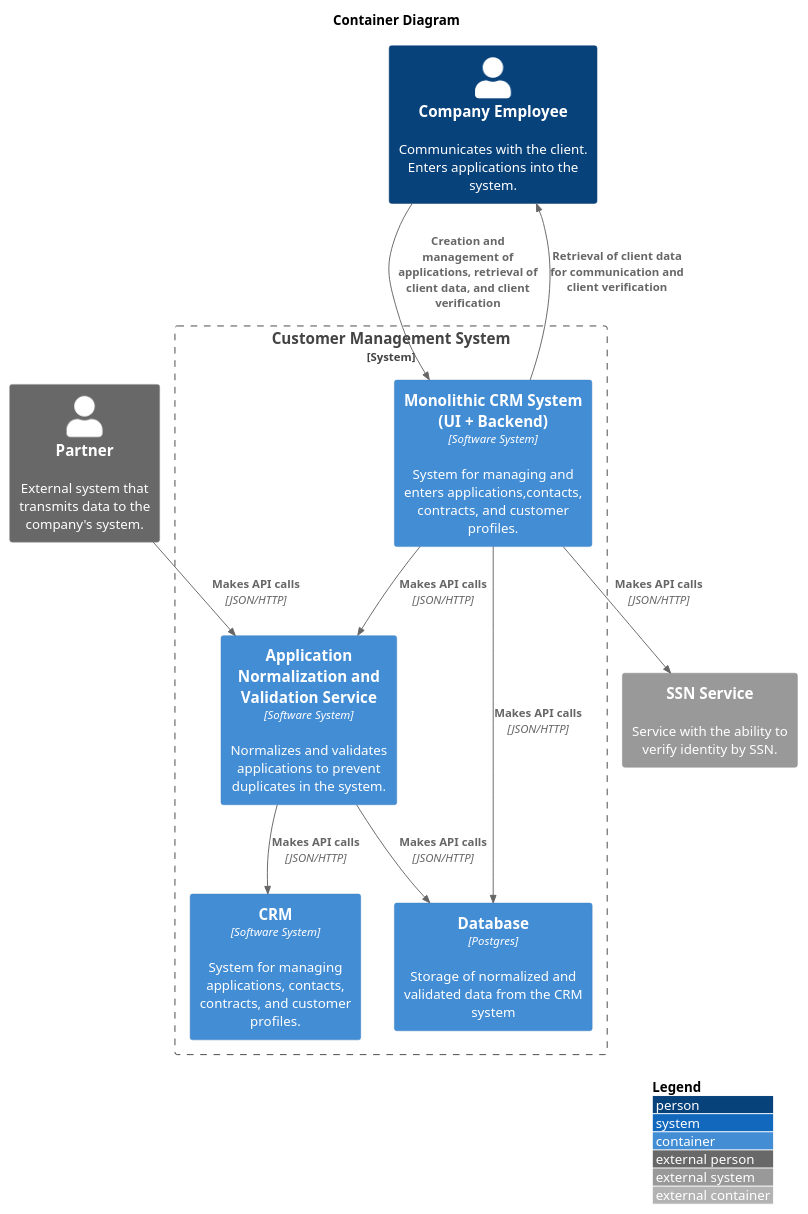
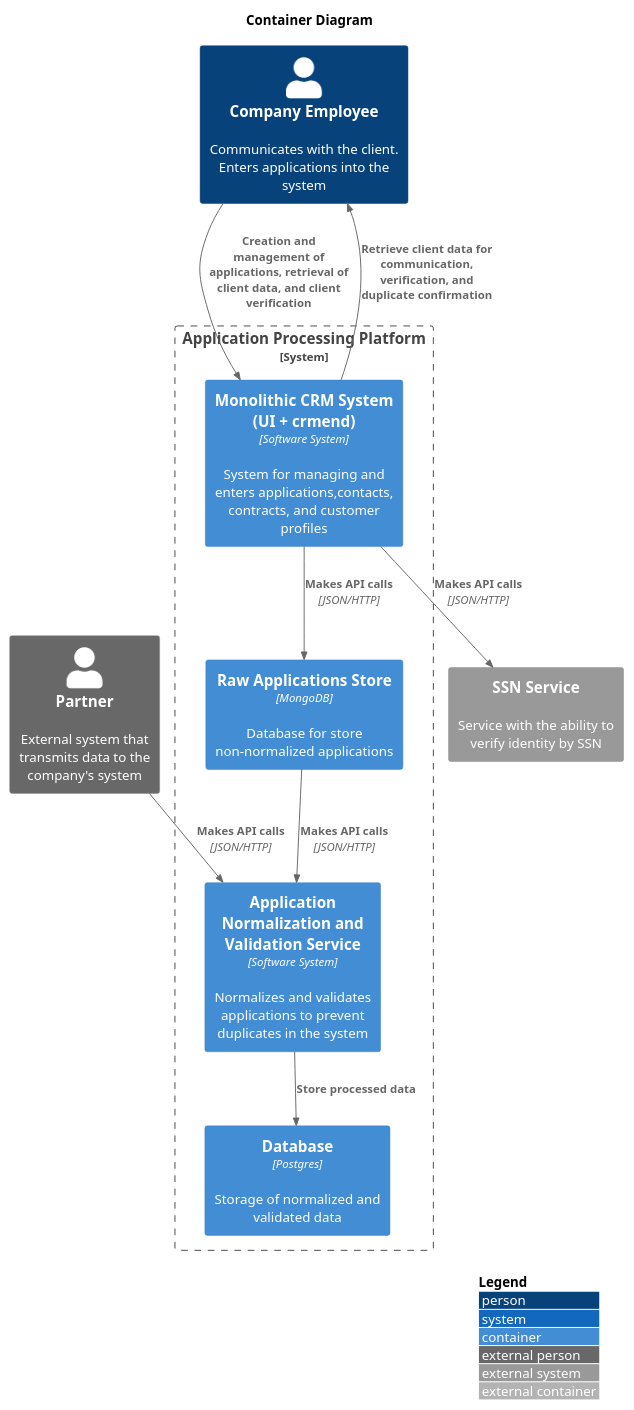
Before and after one commit to NikpeFreiheit/solution-duplicate-customer-data: the diagram in docs/architecture/container-diagram.puml, drawn with PlantUML. The commit also changed 18 other files, not shown here.

First line of the commit message:
refactor: update system architecture and data persistence layers

```diff
--- a/docs/architecture/container-diagram.puml
+++ b/docs/architecture/container-diagram.puml
@@ -1,34 +1,33 @@
 @startuml
 !include https://raw.githubusercontent.com/plantuml-stdlib/C4-PlantUML/master/C4_Container.puml
 LAYOUT_WITH_LEGEND()
 
 ' Standard configuration for compatibility
 set separator none
 
 title Container Diagram
 
 ' External Systems
-Person_Ext(partner, "Partner", "External system that transmits data to the company's system.")
-System_Ext(ssn_service, "SSN Service", "Service with the ability to verify identity by SSN.")
+Person_Ext(partner, "Partner", "External system that transmits data to the company's system")
+System_Ext(ssn_service, "SSN Service", "Service with the ability to verify identity by SSN")
 
 ' System Boundary
-System_Boundary(cms_boundary, "Customer Management System") {
+System_Boundary(cms_boundary, "Application Processing Platform") {
     
-    Container(back, "Monolithic CRM System (UI + Backend)", "Software System", "System for managing and enters applications,contacts, contracts, and customer profiles.")
-    Container(validation_service, "Application Normalization and Validation Service", "Software System", "Normalizes and validates applications to prevent duplicates in the system.")
-    Container(crm, "CRM", "Software System", "System for managing applications, contacts, contracts, and customer profiles.")
-    Container(db, "Database", "Postgres","Storage of normalized and validated data from the CRM system")
+    Container(crm, "Monolithic CRM System (UI + crmend)", "Software System", "System for managing and enters applications,contacts, contracts, and customer profiles")
+    Container(validation_service, "Application Normalization and Validation Service", "Software System", "Normalizes and validates applications to prevent duplicates in the system")
+    Container(db, "Database", "Postgres","Storage of normalized and validated data")
+    Container(mongo, "Raw Applications Store", "MongoDB","Database for store non-normalized applications")
 }
 
-Person(employee, "Company Employee", "Communicates with the client. Enters applications into the system.")
+Person(employee, "Company Employee", "Communicates with the client. Enters applications into the system")
 
 ' Relationships
-Rel(back, employee, "Retrieval of client data for communication and client verification")
-Rel(employee, back, "Creation and management of applications, retrieval of client data, and client verification")
-Rel(back, validation_service, "Makes API calls", "JSON/HTTP")
-Rel(validation_service, crm, "Makes API calls", "JSON/HTTP")
-Rel(validation_service, db, "Makes API calls", "JSON/HTTP")
-Rel(back, db, "Makes API calls", "JSON/HTTP")
-Rel(back, ssn_service, "Makes API calls", "JSON/HTTP")
+Rel(crm, employee, "Retrieve client data for communication, verification, and duplicate confirmation")
+Rel(employee, crm, "Creation and management of applications, retrieval of client data, and client verification")
+Rel(crm, mongo, "Makes API calls", "JSON/HTTP")
+Rel(mongo,validation_service, "Makes API calls", "JSON/HTTP")
+Rel(validation_service, db,"Store processed data","")
+Rel(crm, ssn_service, "Makes API calls", "JSON/HTTP")
 Rel(partner, validation_service, "Makes API calls", "JSON/HTTP")
 @enduml
```
